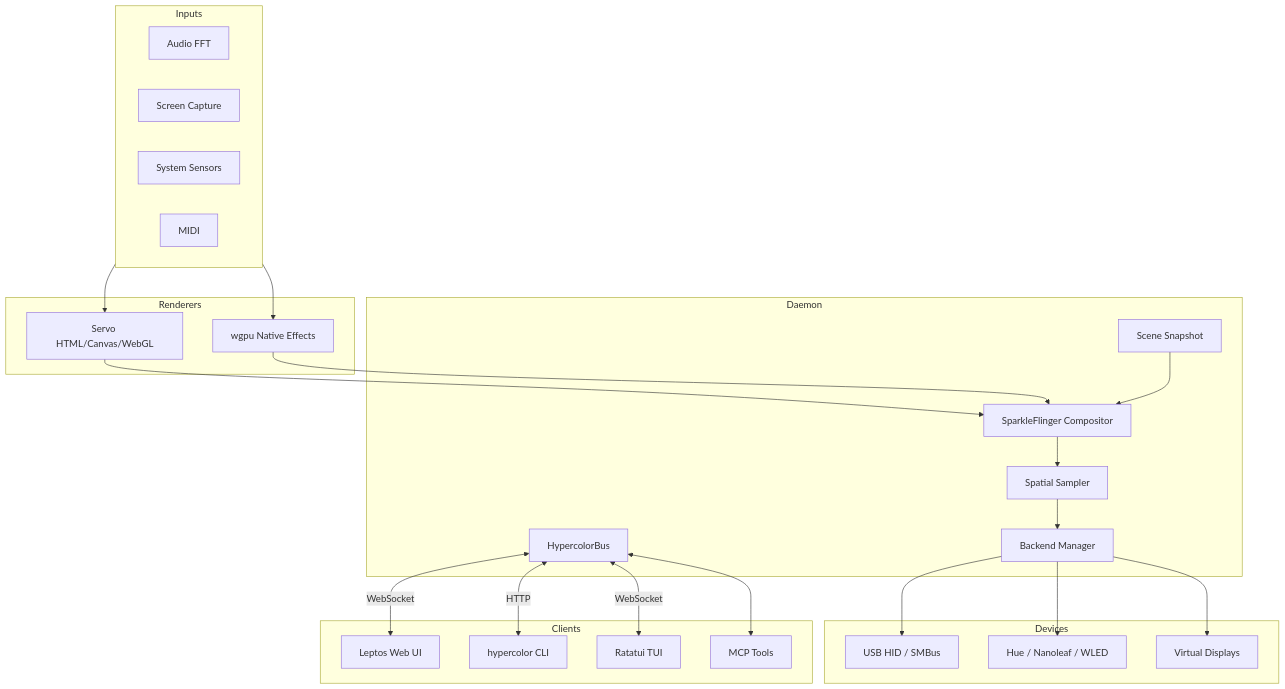
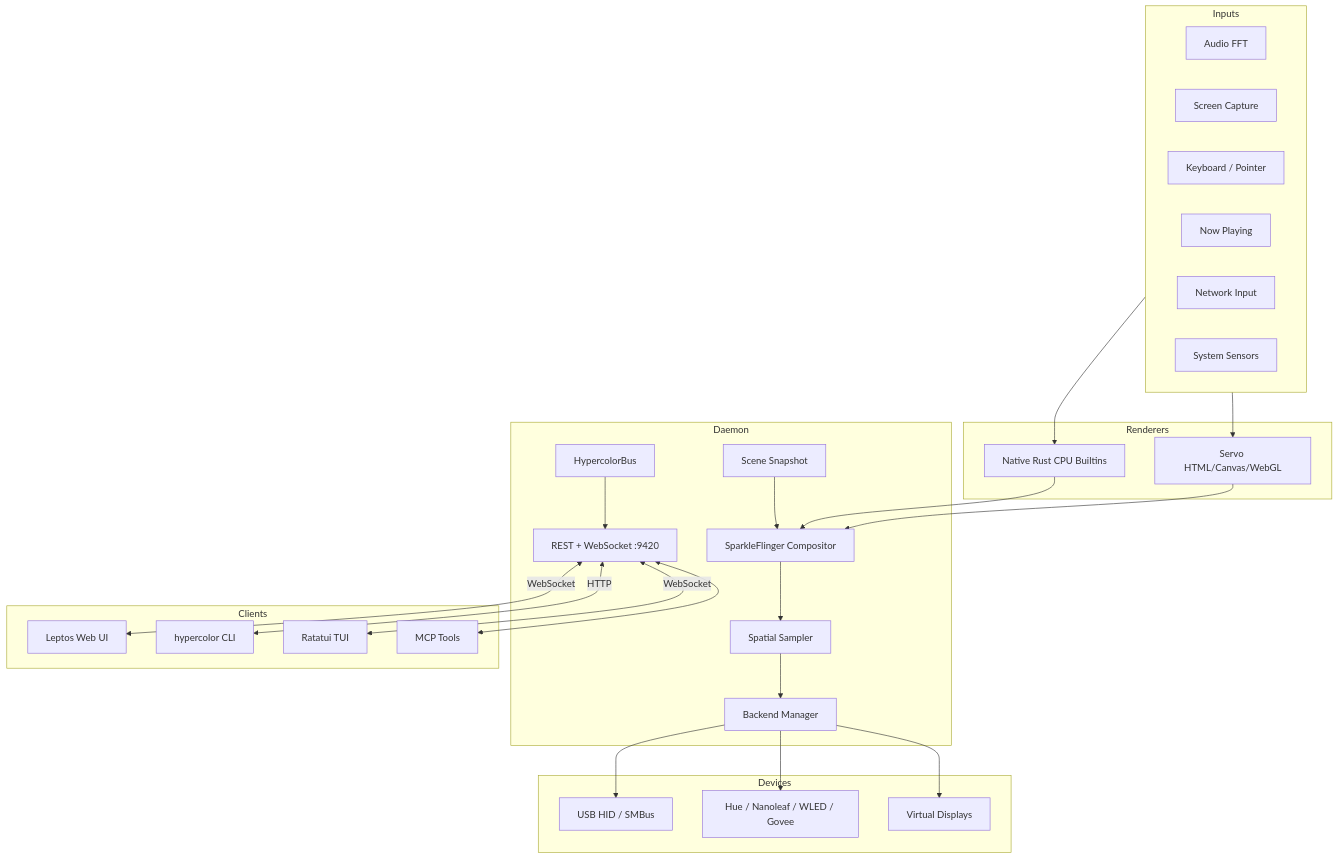
Before and after one commit to hyperb1iss/hypercolor: the first of 2 diagrams in docs/ARCHITECTURE.md, drawn with Mermaid. The commit also changed other lines of this file and 8 other files, not shown here.

````diff
--- a/docs/ARCHITECTURE.md
+++ b/docs/ARCHITECTURE.md
@@ -14,50 +14,54 @@
 ```mermaid
 graph TD
     subgraph Inputs
         Audio[Audio FFT]
         Screen[Screen Capture]
+        Interaction[Keyboard / Pointer]
+        Media[Now Playing]
+        Network[Network Input]
         Sensors[System Sensors]
-        MIDI[MIDI]
     end
 
     subgraph Renderers
         Html[Servo HTML/Canvas/WebGL]
-        Native[wgpu Native Effects]
+        Native[Native Rust CPU Builtins]
     end
 
     subgraph Daemon
         Scene[Scene Snapshot]
         Flinger[SparkleFlinger Compositor]
         Spatial[Spatial Sampler]
         Manager[Backend Manager]
         Bus[HypercolorBus]
+        Api[REST + WebSocket :9420]
     end
 
     subgraph Devices
         Usb[USB HID / SMBus]
-        Net[Hue / Nanoleaf / WLED]
+        Net[Hue / Nanoleaf / WLED / Govee]
         Sim[Virtual Displays]
     end
 
     subgraph Clients
         Web[Leptos Web UI]
         Cli[hypercolor CLI]
         Tui[Ratatui TUI]
         Mcp[MCP Tools]
     end
 
     Inputs --> Html
     Inputs --> Native
     Html --> Flinger
     Native --> Flinger
     Scene --> Flinger
     Flinger --> Spatial
     Spatial --> Manager
     Manager --> Usb
     Manager --> Net
     Manager --> Sim
-    Bus <-->|WebSocket| Web
-    Bus <-->|HTTP| Cli
-    Bus <-->|WebSocket| Tui
-    Bus <--> Mcp
+    Bus --> Api
+    Api <-->|WebSocket| Web
+    Api <-->|HTTP| Cli
+    Api <-->|WebSocket| Tui
+    Api <--> Mcp
 ```
````
